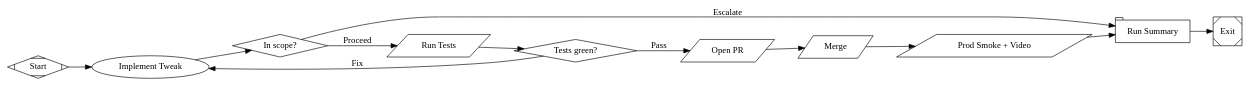
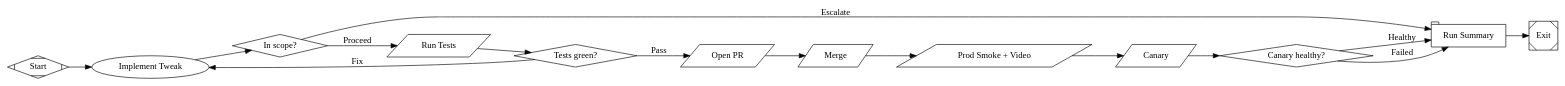
One commit to HireAll-ai/autopilot-skills changed the diagram in autopilot/lib/factory-scaffold/factory/workflows/express-lane.dot. Above: the diagram before and after it, drawn with Graphviz. The commit also changed 32 other files, not shown here.

First line of the commit message:
autopilot 1.4.0: /init command, factory v2 scaffold (lane merge, QA/CSO/docs/canary)

```diff
--- a/autopilot/lib/factory-scaffold/factory/workflows/express-lane.dot
+++ b/autopilot/lib/factory-scaffold/factory/workflows/express-lane.dot
@@ -1,67 +1,78 @@
 // Software Factory — express lane
 // For dictated tweaks: move a button, change copy, hide an element.
 // Zero human gates: the test suite is the only guard; the failure mode is
 // fix-forward (a follow-up express/bugfix run), not a blocked pipeline.
 // Escape hatch: the agent refuses to merge anything bigger than a tweak and
 // escalates to a heavier lane instead.
 //
 // Validate: `fabro validate factory/workflows/express-lane.dot`
 
 digraph ExpressLane {
     graph [
         goal="Ship the described tweak immediately: no spec, no human gates, tests only",
         default_max_retries=1,
         model_stylesheet="
             *        { model: claude-haiku-4-5; reasoning_effort: low; }
             .cheap   { model: claude-haiku-4-5; reasoning_effort: low; }
             .coding  { model: claude-fable-5; reasoning_effort: medium; }
         "
     ]
     rankdir=LR
 
     start [shape=Mdiamond, label="Start"]
     exit  [shape=Msquare, label="Exit"]
 
     implement [
         label="Implement Tweak",
         class="coding",
         max_visits=4,
         prompt="Apply this change exactly as described: {{ goal }}. Smallest possible diff, follow repo conventions, commit once. This lane merges with NO human review, so be conservative: no refactoring, no drive-by fixes, no dependency changes. ESCAPE HATCH: if the change touches data models, auth, payments, destructive migrations, or needs more than roughly 150 changed lines, do NOT implement it — write the word ESCALATE plus one paragraph of reasoning to escalate.md, say ESCALATE in your final message, and stop."
     ]
     scope_gate [shape=diamond, label="In scope?"]
 
     run_tests [
         label="Run Tests",
         shape=parallelogram,
         script="./factory/hooks/run-tests.sh",
         max_retries=0
     ]
     tests_gate [shape=diamond, label="Tests green?"]
 
     open_pr [label="Open PR", shape=parallelogram, script="./factory/hooks/open-pr.sh"]
     merge   [label="Merge", shape=parallelogram, script="./factory/hooks/merge.sh", timeout="1800s"]
     prod_smoke [
         label="Prod Smoke + Video",
         shape=parallelogram,
         script="./factory/hooks/prod-e2e-video.sh",
         timeout="1800s"
     ]
+    canary [
+        label="Canary",
+        shape=parallelogram,
+        script="./factory/hooks/canary.sh",
+        max_retries=0,
+        timeout="1800s"
+    ]
+    canary_gate [shape=diamond, label="Canary healthy?"]
 
     summary [
         label="Run Summary",
         shape=tab,
         class="cheap",
-        prompt="Summarize for the operator: what changed, PR link, prod smoke result and video path. If the run escalated instead of merging, lead with ESCALATED, quote escalate.md, and recommend which lane to rerun in (iterate-lane or feature-pipeline). If prod smoke failed, lead with SMOKE FAILED and recommend an immediate bugfix-express run or a revert."
+        prompt="Summarize for the operator: what changed, PR link, prod smoke result and video path, canary result. If the run escalated instead of merging, lead with ESCALATED, quote escalate.md, and recommend which lane to rerun in (iterate-lane or feature-pipeline, possibly with -I no_spec=true). If prod smoke or the canary failed, lead with SMOKE FAILED or CANARY FAILED and recommend an immediate bugfix-express run or a revert."
     ]
 
     // ---- Edges ------------------------------------------------------------
     start -> implement -> scope_gate
     scope_gate -> summary   [label="Escalate", condition="context.log contains ESCALATE"]
     scope_gate -> run_tests [label="Proceed"]
 
     run_tests -> tests_gate
     tests_gate -> open_pr   [label="Pass", condition="outcome=succeeded"]
     tests_gate -> implement [label="Fix"]
 
-    open_pr -> merge -> prod_smoke -> summary -> exit
+    open_pr -> merge -> prod_smoke -> canary -> canary_gate
+    canary_gate -> summary [label="Healthy", condition="outcome=succeeded"]
+    canary_gate -> summary [label="Failed"]
+    summary -> exit
 }
```
